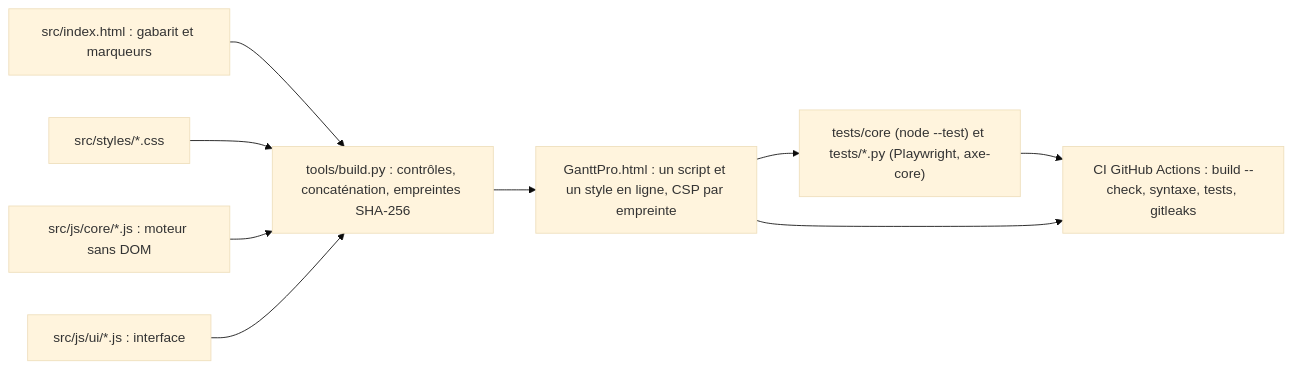
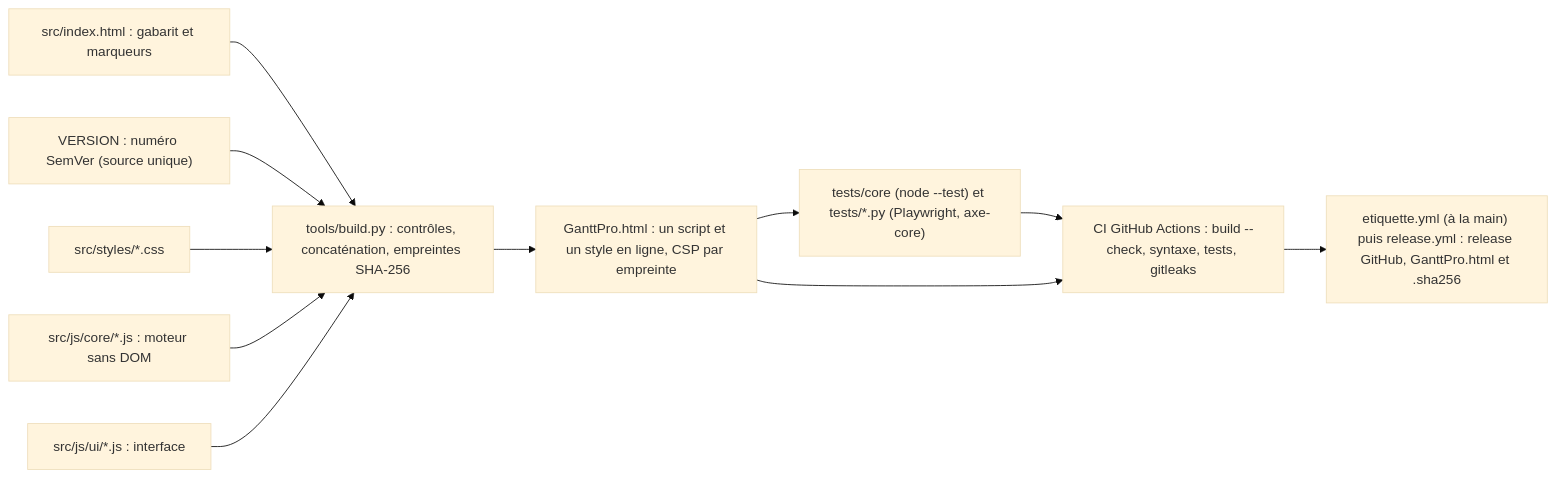
The second of 5 diagrams in Architecture.md (SimonBelCou/GanttPro), drawn with Mermaid (base theme) before and after one commit. The commit also changed other lines of this file and 9 other files, not shown here.

````diff
--- a/Architecture.md
+++ b/Architecture.md
@@ -47,18 +51,22 @@
 ```mermaid
 flowchart LR
   tpl["src/index.html : gabarit et marqueurs"]
+  ver["VERSION : numéro SemVer (source unique)"]
   css["src/styles/*.css"]
   core["src/js/core/*.js : moteur sans DOM"]
   ui["src/js/ui/*.js : interface"]
   build["tools/build.py : contrôles, concaténation, empreintes SHA-256"]
   out["GanttPro.html : un script et un style en ligne, CSP par empreinte"]
   tests["tests/core (node --test) et tests/*.py (Playwright, axe-core)"]
   ci["CI GitHub Actions : build --check, syntaxe, tests, gitleaks"]
   tpl --> build
+  ver --> build
   css --> build
   core --> build
   ui --> build
   build --> out
   out --> tests --> ci
   out --> ci
+  rel["etiquette.yml (à la main) puis release.yml : release GitHub, GanttPro.html et .sha256"]
+  ci --> rel
 ```
````
